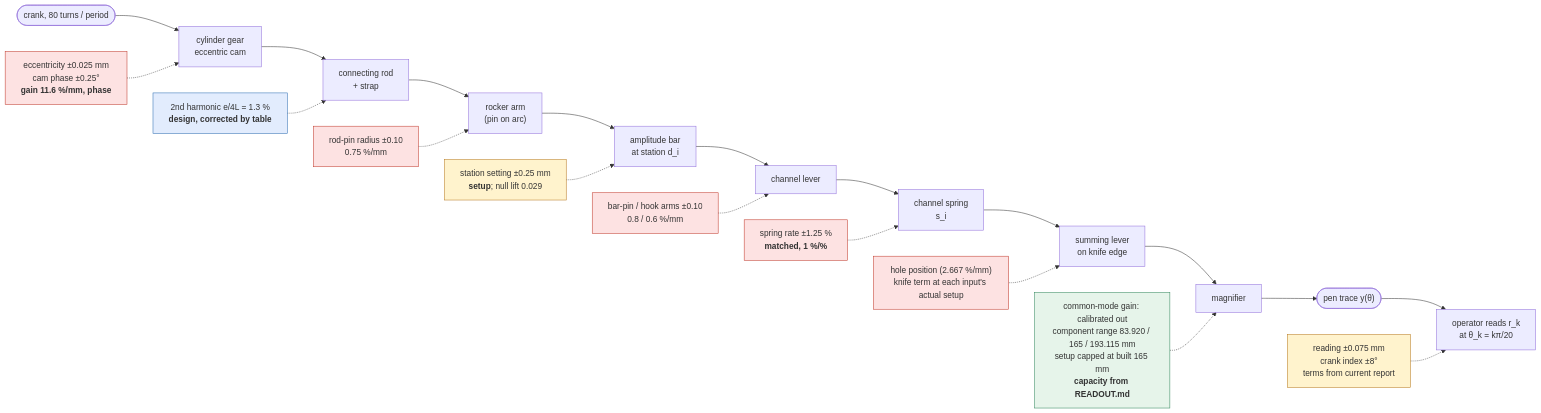
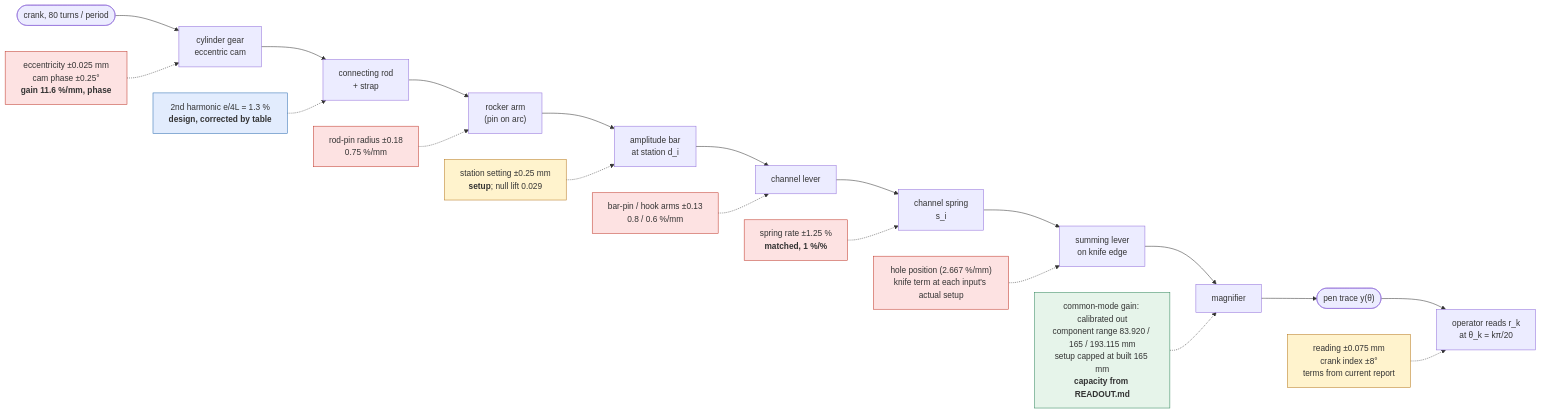
One commit to pedropaulovc/harmonic-analyzer changed the first of 4 diagrams in cad/docs/tolerance-policy.md. Above: the diagram before and after it, drawn with Mermaid. The commit also changed other lines of this file, not shown here.

````diff
--- a/cad/docs/tolerance-policy.md
+++ b/cad/docs/tolerance-policy.md
@@ -150,27 +150,27 @@
 ```mermaid
 flowchart LR
     crank([crank, 80 turns / period]) --> cam
     cam["cylinder gear<br/>eccentric cam"] --> rod["connecting rod<br/>+ strap"]
     rod --> rocker["rocker arm<br/>(pin on arc)"]
     rocker --> bar["amplitude bar<br/>at station d_i"]
     bar --> lever["channel lever"]
     lever --> spring["channel spring<br/>s_i"]
     spring --> summing["summing lever<br/>on knife edge"]
     summing --> mag["magnifier"] --> pen(["pen trace y(θ)"])
     pen --> op["operator reads r_k<br/>at θ_k = kπ/20"]
 
     e1["eccentricity ±0.025 mm<br/>cam phase ±0.25°<br/><b>gain 11.6 %/mm, phase</b>"]:::part -.-> cam
     e2["2nd harmonic e/4L = 1.3 %<br/><b>design, corrected by table</b>"]:::design -.-> rod
-    e3["rod-pin radius ±0.10<br/>0.75 %/mm"]:::part -.-> rocker
+    e3["rod-pin radius ±0.18<br/>0.75 %/mm"]:::part -.-> rocker
     e4["station setting ±0.25 mm<br/><b>setup</b>; null lift 0.029"]:::setup -.-> bar
-    e5["bar-pin / hook arms ±0.10<br/>0.8 / 0.6 %/mm"]:::part -.-> lever
+    e5["bar-pin / hook arms ±0.13<br/>0.8 / 0.6 %/mm"]:::part -.-> lever
     e6["spring rate ±1.25 %<br/><b>matched, 1 %/%</b>"]:::part -.-> spring
     e7["hole position (2.667 %/mm)<br/>knife term at each input's actual setup"]:::part -.-> summing
     e8["common-mode gain: calibrated out<br/>component range 83.920 / 165 / 193.115 mm<br/>setup capped at built 165 mm<br/><b>capacity from READOUT.md</b>"]:::free -.-> mag
     e9["reading ±0.075 mm<br/>crank index ±8°<br/>terms from current report"]:::setup -.-> op
 
     classDef part fill:#fde2e2,stroke:#c0392b
     classDef setup fill:#fff3cd,stroke:#b7791f
     classDef design fill:#e2ecfd,stroke:#2b6cb0
     classDef free fill:#e6f4ea,stroke:#2f855a
 ```
````
